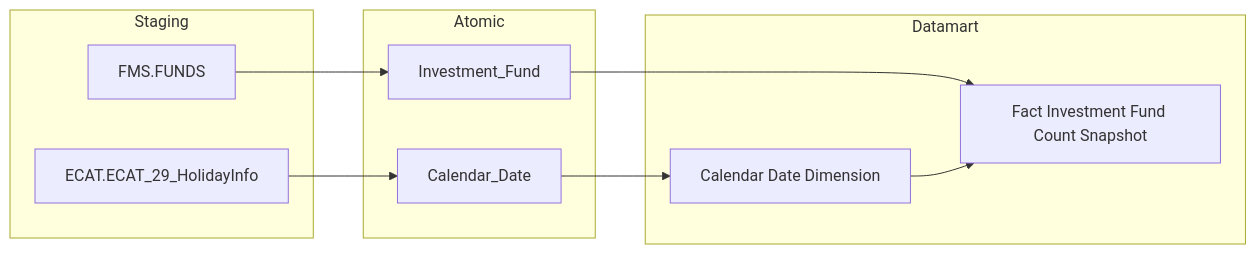
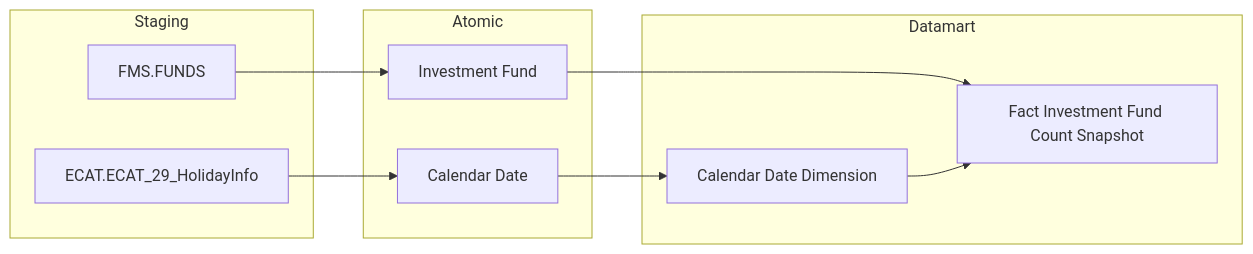
One commit to linhlvit/ubck_atomic_design changed the seventh of 11 diagrams in docs/output/datamart/FMS/DTM_FMS_PTTK.md. Above: the diagram before and after it, drawn with Mermaid. The commit also changed other lines of this file and 34 other files, not shown here.

````diff
--- a/docs/output/datamart/FMS/DTM_FMS_PTTK.md
+++ b/docs/output/datamart/FMS/DTM_FMS_PTTK.md
@@ -261,20 +387,25 @@
 ```mermaid
 flowchart LR
-  subgraph Staging
-    FMS_FUNDS["FMS.FUNDS"]
-    ECAT_ECAT_29_HolidayInfo["ECAT.ECAT_29_HolidayInfo"]
-  end
-  subgraph Atomic
-    Investment_Fund
-    Calendar_Date
-  end
-  subgraph Datamart
-    fct_ivsm_fnd_cnt_snpst["Fact Investment Fund Count Snapshot"]
-    cdr_dt_dim["Calendar Date Dimension"]
-  end
-  FMS_FUNDS --> Investment_Fund
-  ECAT_ECAT_29_HolidayInfo --> Calendar_Date
-  Investment_Fund --> fct_ivsm_fnd_cnt_snpst
-  Calendar_Date --> cdr_dt_dim
-  cdr_dt_dim --> fct_ivsm_fnd_cnt_snpst
+    subgraph Staging
+        S1["FMS.FUNDS"]
+        SE1["ECAT.ECAT_29_HolidayInfo"]
+    end
+
+    subgraph Atomic
+        SV1["Investment Fund"]
+        SV2["Calendar Date"]
+    end
+
+    subgraph Datamart
+        G1["Fact Investment Fund Count Snapshot"]
+        G2["Calendar Date Dimension"]
+    end
+
+    S1 --> SV1
+    SE1 --> SV2
+
+    SV1 --> G1
+    SV2 --> G2
+
+    G2 --> G1
 ```
````
